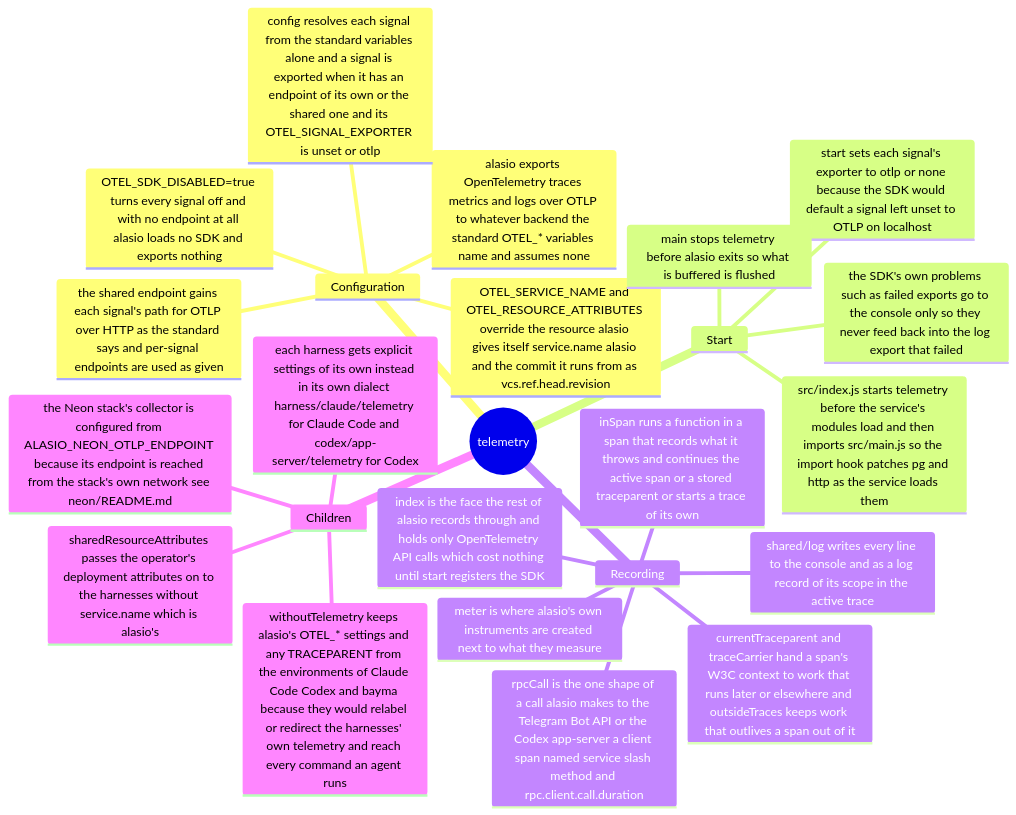
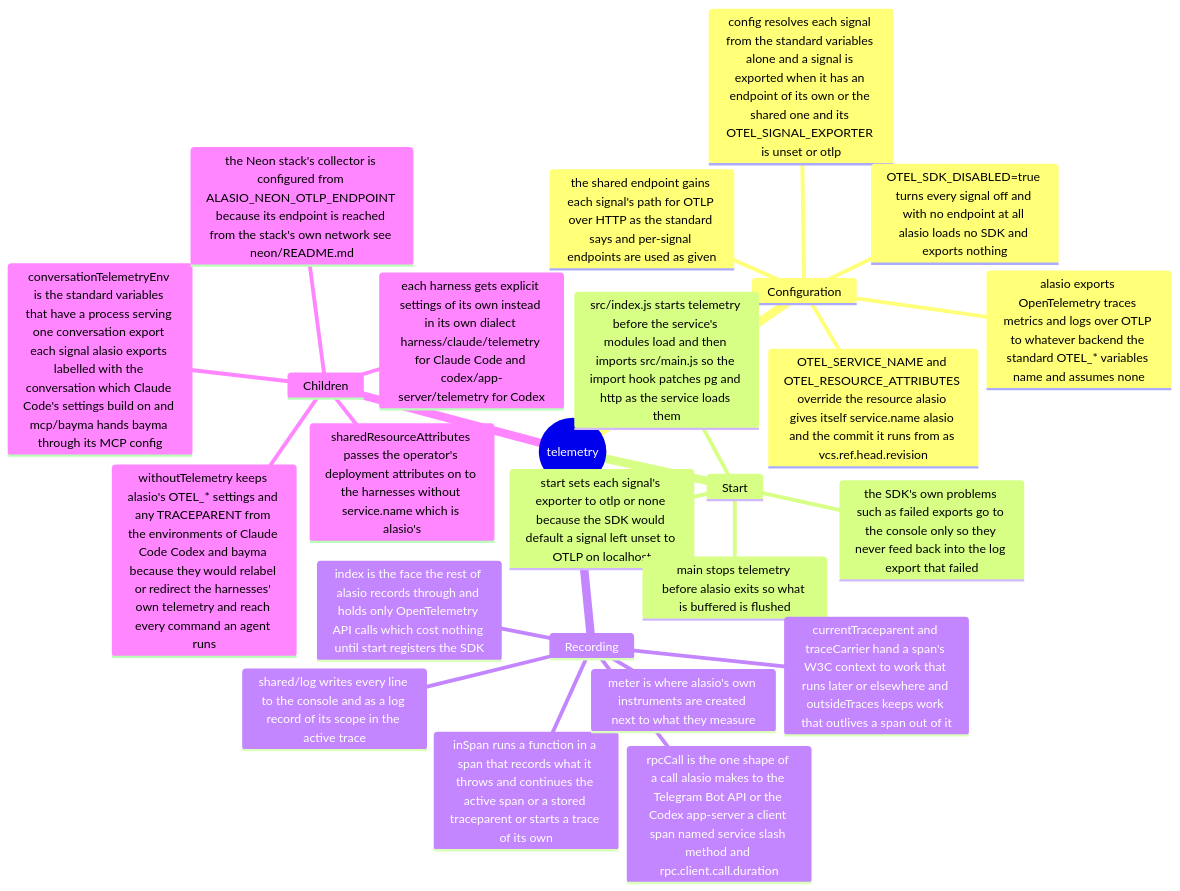
One commit to eaucoin/alasio changed the first of 3 diagrams in src/telemetry/README.md. Above: the diagram before and after it, drawn with Mermaid. The commit also changed 7 other files, not shown here.

First line of the commit message:
Have bayma export its own telemetry where alasio exports its

````diff
--- a/src/telemetry/README.md
+++ b/src/telemetry/README.md
@@ -2,27 +2,28 @@
 ```mermaid
 mindmap
   root((telemetry))
     Configuration
       alasio exports OpenTelemetry traces metrics and logs over OTLP to whatever backend the standard OTEL_* variables name and assumes none
       config resolves each signal from the standard variables alone and a signal is exported when it has an endpoint of its own or the shared one and its OTEL_SIGNAL_EXPORTER is unset or otlp
       OTEL_SDK_DISABLED=true turns every signal off and with no endpoint at all alasio loads no SDK and exports nothing
       the shared endpoint gains each signal's path for OTLP over HTTP as the standard says and per-signal endpoints are used as given
       OTEL_SERVICE_NAME and OTEL_RESOURCE_ATTRIBUTES override the resource alasio gives itself service.name alasio and the commit it runs from as vcs.ref.head.revision
     Start
       src/index.js starts telemetry before the service's modules load and then imports src/main.js so the import hook patches pg and http as the service loads them
       start sets each signal's exporter to otlp or none because the SDK would default a signal left unset to OTLP on localhost
       the SDK's own problems such as failed exports go to the console only so they never feed back into the log export that failed
       main stops telemetry before alasio exits so what is buffered is flushed
     Recording
       index is the face the rest of alasio records through and holds only OpenTelemetry API calls which cost nothing until start registers the SDK
       inSpan runs a function in a span that records what it throws and continues the active span or a stored traceparent or starts a trace of its own
       rpcCall is the one shape of a call alasio makes to the Telegram Bot API or the Codex app-server a client span named service slash method and rpc.client.call.duration
       currentTraceparent and traceCarrier hand a span's W3C context to work that runs later or elsewhere and outsideTraces keeps work that outlives a span out of it
       meter is where alasio's own instruments are created next to what they measure
       shared/log writes every line to the console and as a log record of its scope in the active trace
     Children
       withoutTelemetry keeps alasio's OTEL_* settings and any TRACEPARENT from the environments of Claude Code Codex and bayma because they would relabel or redirect the harnesses' own telemetry and reach every command an agent runs
       each harness gets explicit settings of its own instead in its own dialect harness/claude/telemetry for Claude Code and codex/app-server/telemetry for Codex
+      conversationTelemetryEnv is the standard variables that have a process serving one conversation export each signal alasio exports labelled with the conversation which Claude Code's settings build on and mcp/bayma hands bayma through its MCP config
       sharedResourceAttributes passes the operator's deployment attributes on to the harnesses without service.name which is alasio's
       the Neon stack's collector is configured from ALASIO_NEON_OTLP_ENDPOINT because its endpoint is reached from the stack's own network see neon/README.md
 ```
````
